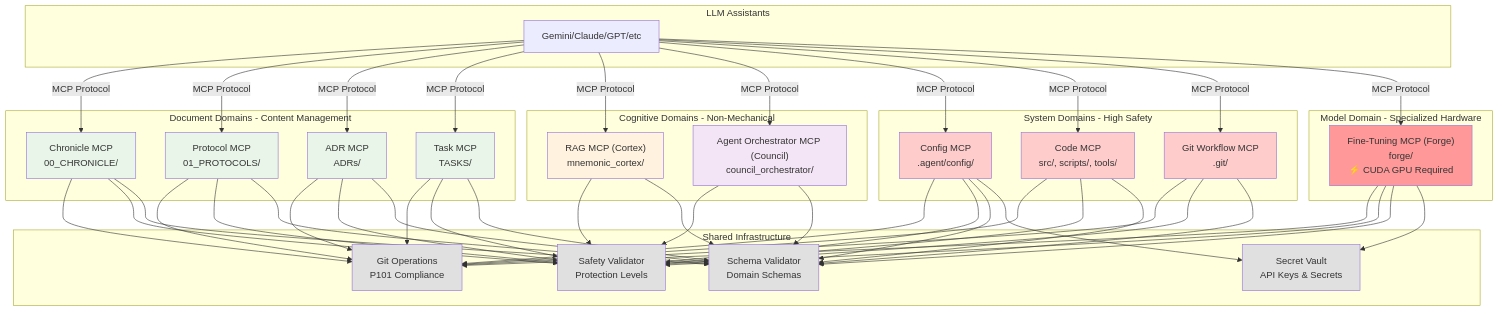
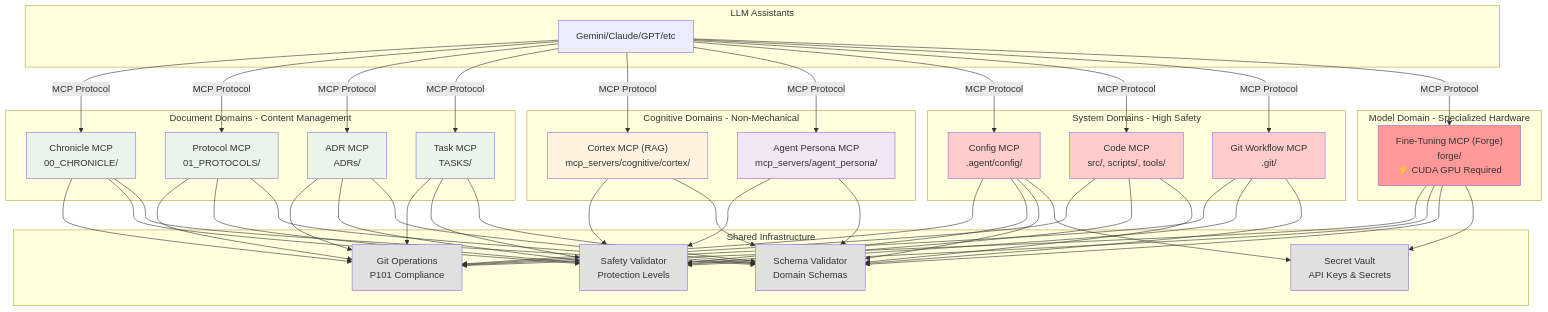
The first of 10 diagrams in docs/mcp/architecture.md (richfrem/Project_Sanctuary), drawn with Mermaid before and after one commit. The commit also changed other lines of this file and 407 other files, not shown here.

```diff
--- a/docs/mcp/architecture.md
+++ b/docs/mcp/architecture.md
@@ -33,8 +33,8 @@
     end
     
     subgraph "Cognitive Domains - Non-Mechanical"
-        Cortex["RAG MCP (Cortex)<br/>mnemonic_cortex/"]
-        Council["Agent Orchestrator MCP (Council)<br/>council_orchestrator/"]
+        Cortex["Cortex MCP (RAG)<br/>mcp_servers/cognitive/cortex/"]
+        AgentPersona["Agent Persona MCP<br/>mcp_servers/agent_persona/"]
     end
     
     subgraph "System Domains - High Safety"
@@ -59,7 +59,7 @@
     LLM -->|MCP Protocol| ADR
     LLM -->|MCP Protocol| Task
     LLM -->|MCP Protocol| Cortex
-    LLM -->|MCP Protocol| Council
+    LLM -->|MCP Protocol| AgentPersona
     LLM -->|MCP Protocol| Config
     LLM -->|MCP Protocol| Code
     LLM -->|MCP Protocol| GitWorkflow
@@ -80,7 +80,7 @@
     ADR --> Safety
     Task --> Safety
     Cortex --> Safety
-    Council --> Safety
+    AgentPersona --> Safety
     Config --> Safety
     Code --> Safety
     GitWorkflow --> Safety
@@ -91,7 +91,7 @@
     ADR --> Schema
     Task --> Schema
     Cortex --> Schema
-    Council --> Schema
+    AgentPersona --> Schema
     Config --> Schema
     Code --> Schema
     GitWorkflow --> Schema
@@ -105,7 +105,7 @@
     style ADR fill:#e8f5e8
     style Task fill:#e8f5e8
     style Cortex fill:#fff3e0
-    style Council fill:#f3e5f5
+    style AgentPersona fill:#f3e5f5
     style Config fill:#ffcccc
     style Code fill:#ffcccc
     style GitWorkflow fill:#ffcccc
```
